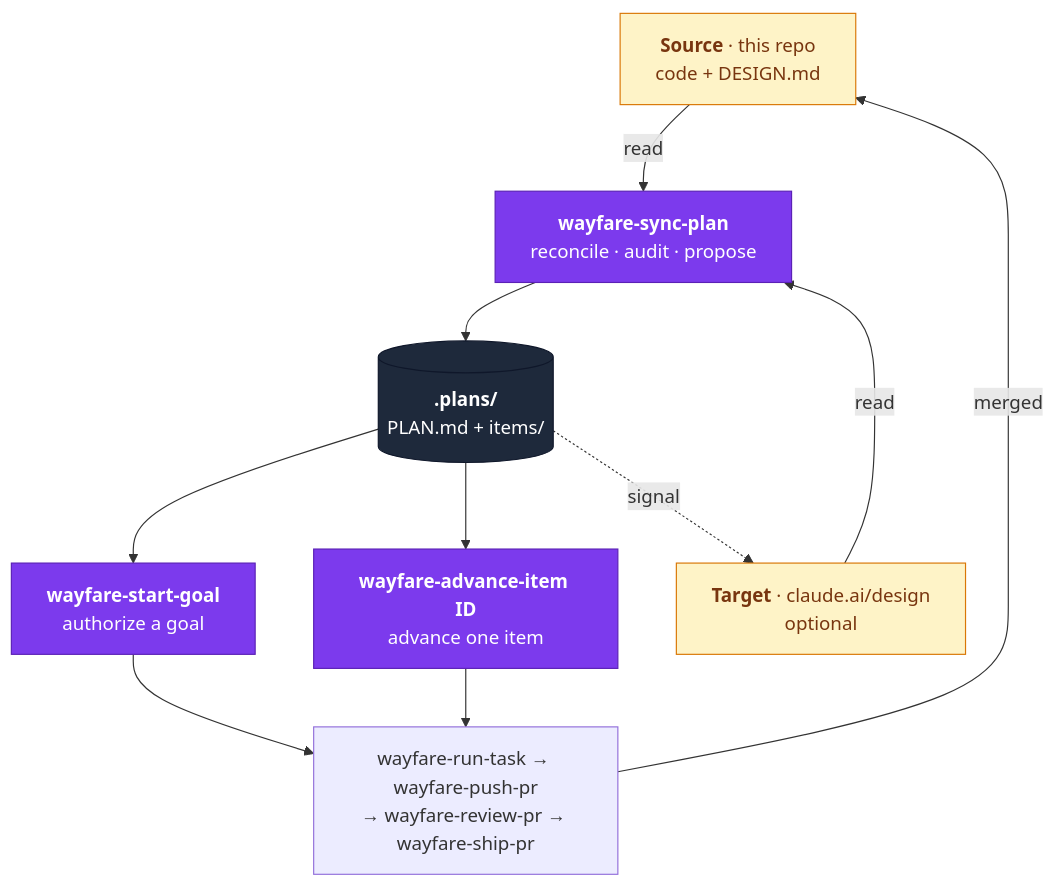
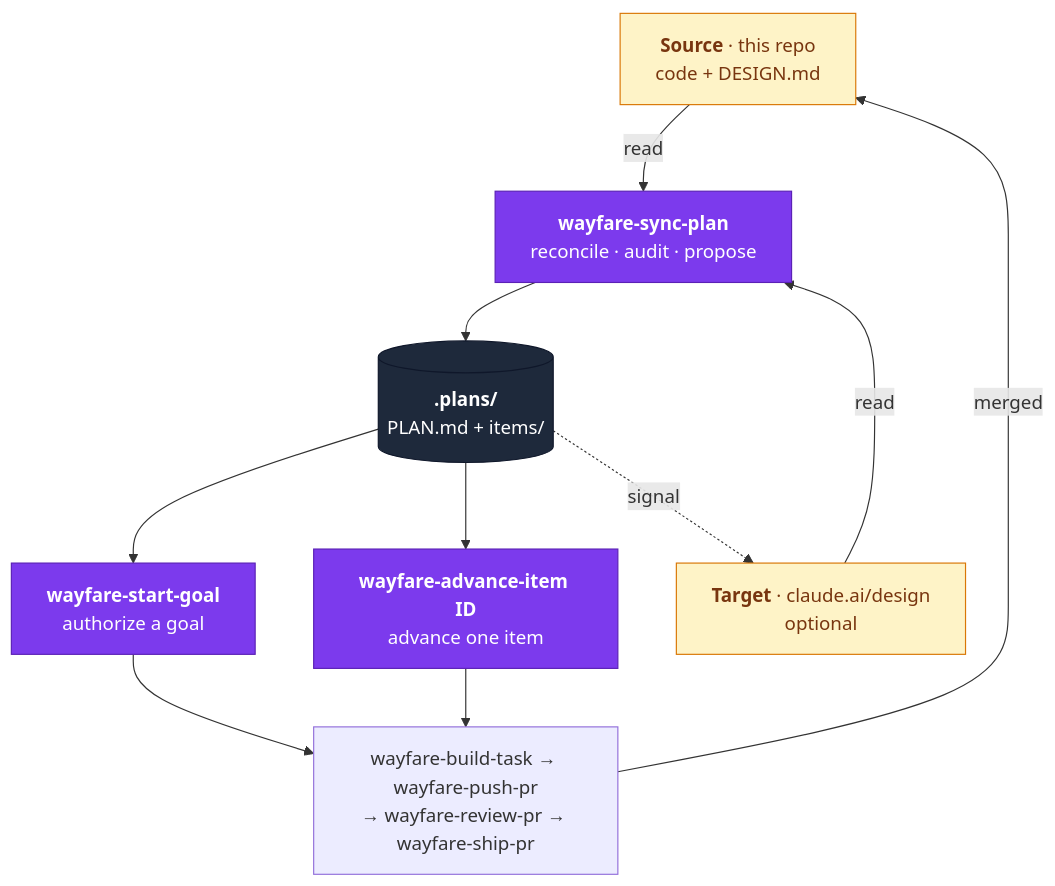
One commit to ai-hero/hero-skills changed the first of 4 diagrams in README.md. Above: the diagram before and after it, drawn with Mermaid. The commit also changed other lines of this file and 42 other files, not shown here.

First line of the commit message:
refactor(skills): rename wayfare-run-task to wayfare-build-task (#121)

````diff
--- a/README.md
+++ b/README.md
@@ -51,27 +51,27 @@
 ```mermaid
 flowchart TB
   SRC["<b>Source</b> · this repo<br/>code + DESIGN.md"]
   TGT["<b>Target</b> · claude.ai/design<br/>optional"]
   PLAN["<b>wayfare-sync-plan</b><br/>reconcile · audit · propose"]
   STORE[("<b>.plans/</b><br/>PLAN.md + items/")]
   NEXT["<b>wayfare-start-goal</b><br/>authorize a goal"]
   DO["<b>wayfare-advance-item ID</b><br/>advance one item"]
-  BUILD["wayfare-run-task → wayfare-push-pr<br/>→ wayfare-review-pr → wayfare-ship-pr"]
+  BUILD["wayfare-build-task → wayfare-push-pr<br/>→ wayfare-review-pr → wayfare-ship-pr"]
 
   SRC -- read --> PLAN
   TGT -- read --> PLAN
   PLAN --> STORE
   STORE --> NEXT
   STORE --> DO
   NEXT --> BUILD
   DO --> BUILD
   BUILD -- merged --> SRC
   STORE -. signal .-> TGT
 
   classDef verb fill:#7C3AED,stroke:#5B21B6,color:#fff
   classDef store fill:#1E293B,stroke:#0F172A,color:#fff
   classDef end_ fill:#FEF3C7,stroke:#D97706,color:#78350F
   class PLAN,NEXT,DO verb
   class STORE store
   class SRC,TGT end_
 ```
````
